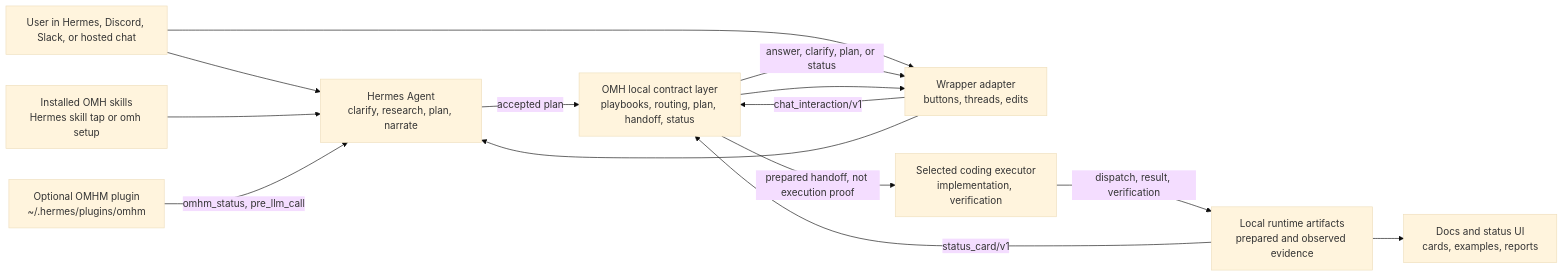
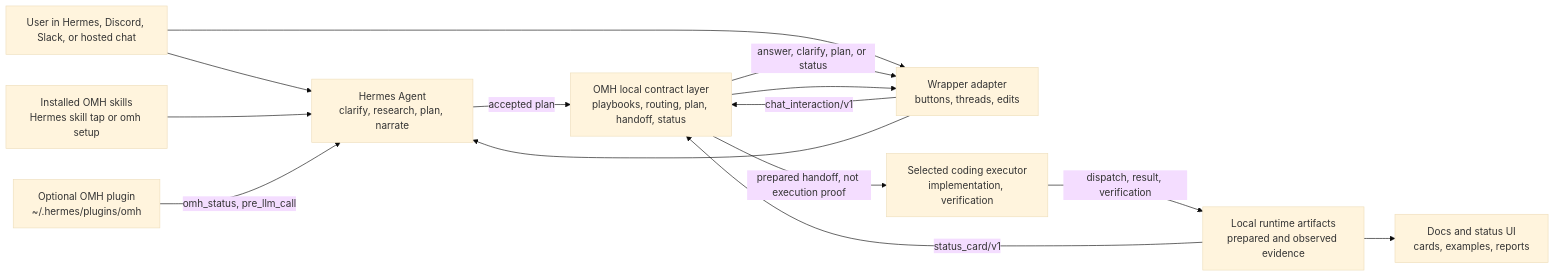
One commit to rlaope/oh-my-hermes changed the diagram in docs/ARCHITECTURE.md. Above: the diagram before and after it, drawn with Mermaid (base theme). The commit also changed other lines of this file and 43 other files, not shown here.

````diff
--- a/docs/ARCHITECTURE.md
+++ b/docs/ARCHITECTURE.md
@@ -30,26 +30,26 @@
 ```mermaid
 flowchart LR
   user["User in Hermes, Discord, Slack, or hosted chat"]
   skills["Installed OMH skills\nHermes skill tap or omh setup"]
-  plugin["Optional OMHM plugin\n~/.hermes/plugins/omhm"]
+  plugin["Optional OMH plugin\n~/.hermes/plugins/omh"]
   wrapper["Wrapper adapter\nbuttons, threads, edits"]
   omh["OMH local contract layer\nplaybooks, routing, plan, handoff, status"]
   hermes["Hermes Agent\nclarify, research, plan, narrate"]
   executor["Selected coding executor\nimplementation, verification"]
   runtime["Local runtime artifacts\nprepared and observed evidence"]
   site["Docs and status UI\ncards, examples, reports"]
 
   user --> hermes
   skills --> hermes
-  plugin -->|"omhm_status, pre_llm_call"| hermes
+  plugin -->|"omh_status, pre_llm_call"| hermes
   user --> wrapper
   wrapper -->|"chat_interaction/v1"| omh
   omh -->|"answer, clarify, plan, or status"| wrapper
   wrapper --> hermes
   hermes -->|"accepted plan"| omh
   omh -->|"prepared handoff, not execution proof"| executor
   executor -->|"dispatch, result, verification"| runtime
   runtime -->|"status_card/v1"| omh
   omh --> wrapper
   runtime --> site
 ```
````
